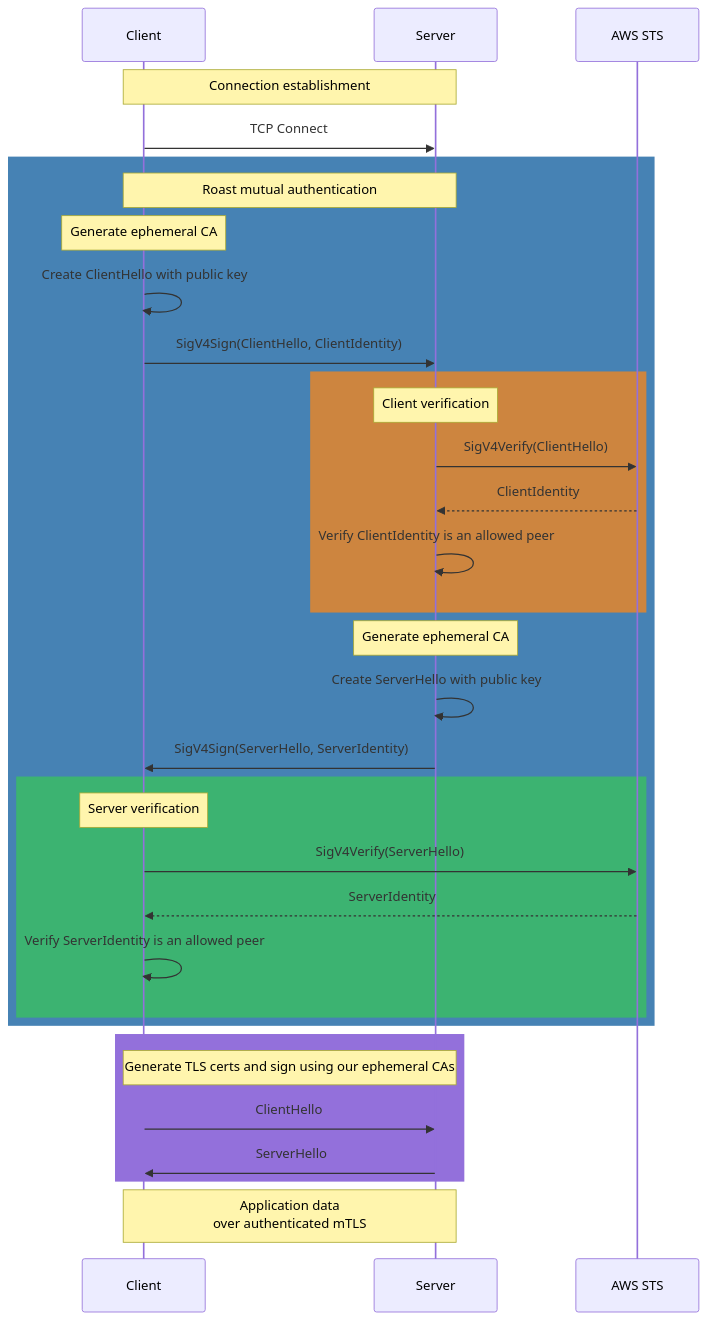
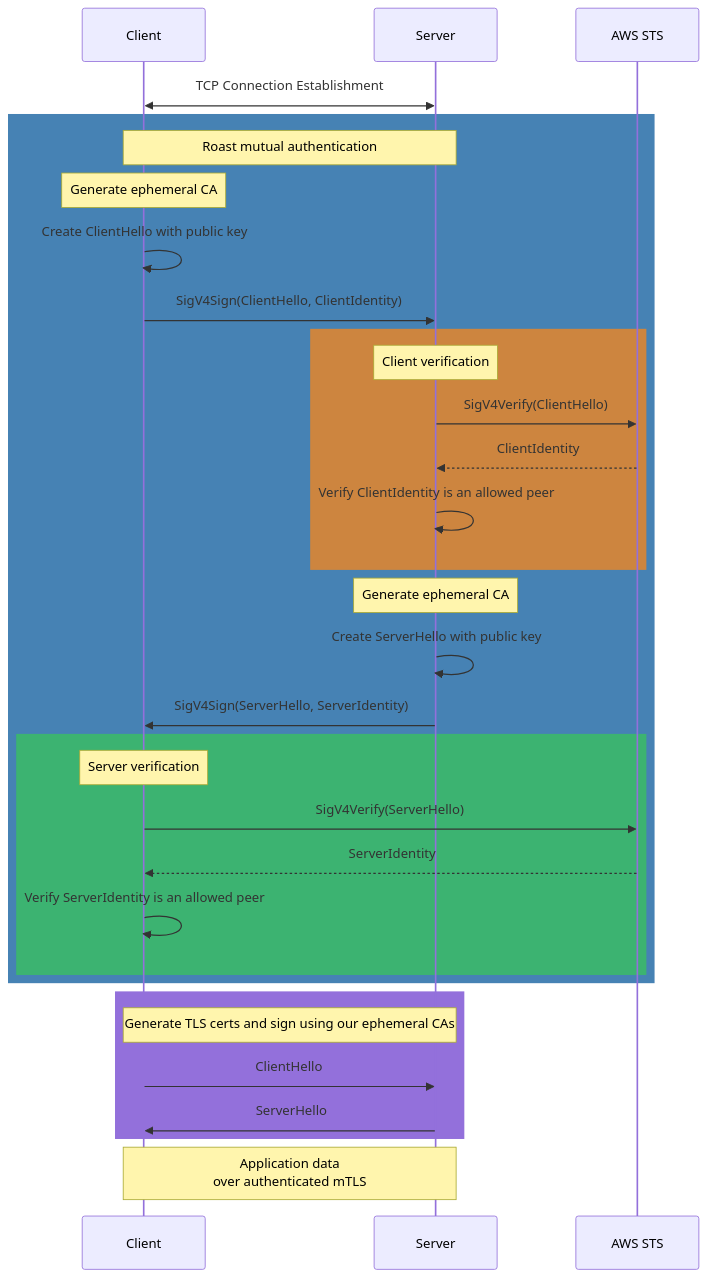
Before and after one commit to thomasdesr/roast: the second of 2 diagrams in docs/protocol.md, drawn with Mermaid.

Commit message:
Final standardization

````diff
--- a/docs/protocol.md
+++ b/docs/protocol.md
@@ -94,43 +94,42 @@
 ```mermaid
 sequenceDiagram
     participant C as Client  
     participant S as Server
     participant AWS as AWS STS
 
-    Note over C,S: Connection establishment
-    C->>S: TCP Connect
+    C<<->>S: TCP Connection Establishment
 
     rect rgb(70, 130, 180)
         Note over C,S: Roast mutual authentication
         
         Note over C: Generate ephemeral CA
         C->>C: Create ClientHello with public key
         C->>S: SigV4Sign(ClientHello, ClientIdentity)
         
         rect rgb(205, 133, 63)
             Note over S: Client verification
             S->>AWS: SigV4Verify(ClientHello)
             AWS-->>S: ClientIdentity
             S->>S: Verify ClientIdentity is an allowed peer
         end
         
         Note over S: Generate ephemeral CA
         S->>S: Create ServerHello with public key
         S->>C: SigV4Sign(ServerHello, ServerIdentity)
         
         rect rgb(60, 179, 113)
             Note over C: Server verification
             C->>AWS: SigV4Verify(ServerHello)
             AWS-->>C: ServerIdentity
             C->>C: Verify ServerIdentity is an allowed peer
         end
     end
 
     rect rgb(147, 112, 219)
         Note over C,S: Generate TLS certs and sign using our ephemeral CAs
         C->>S: ClientHello
         S->>C: ServerHello
     end
 
     Note over C,S: Application data<br/>over authenticated mTLS
 ```
````
